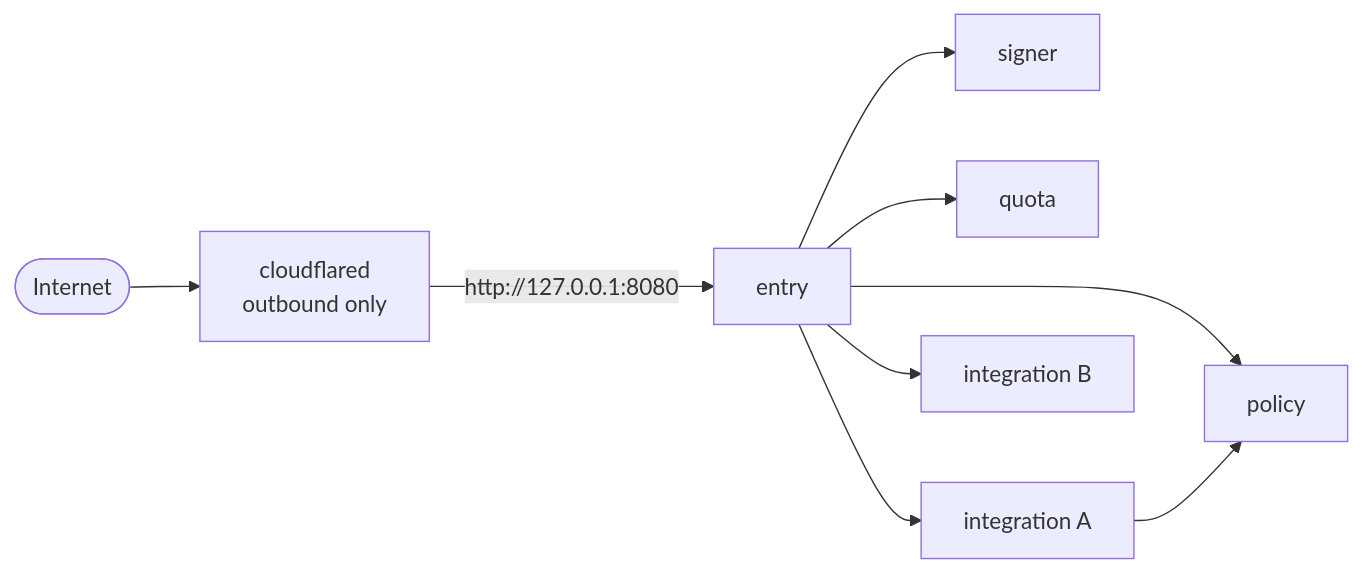
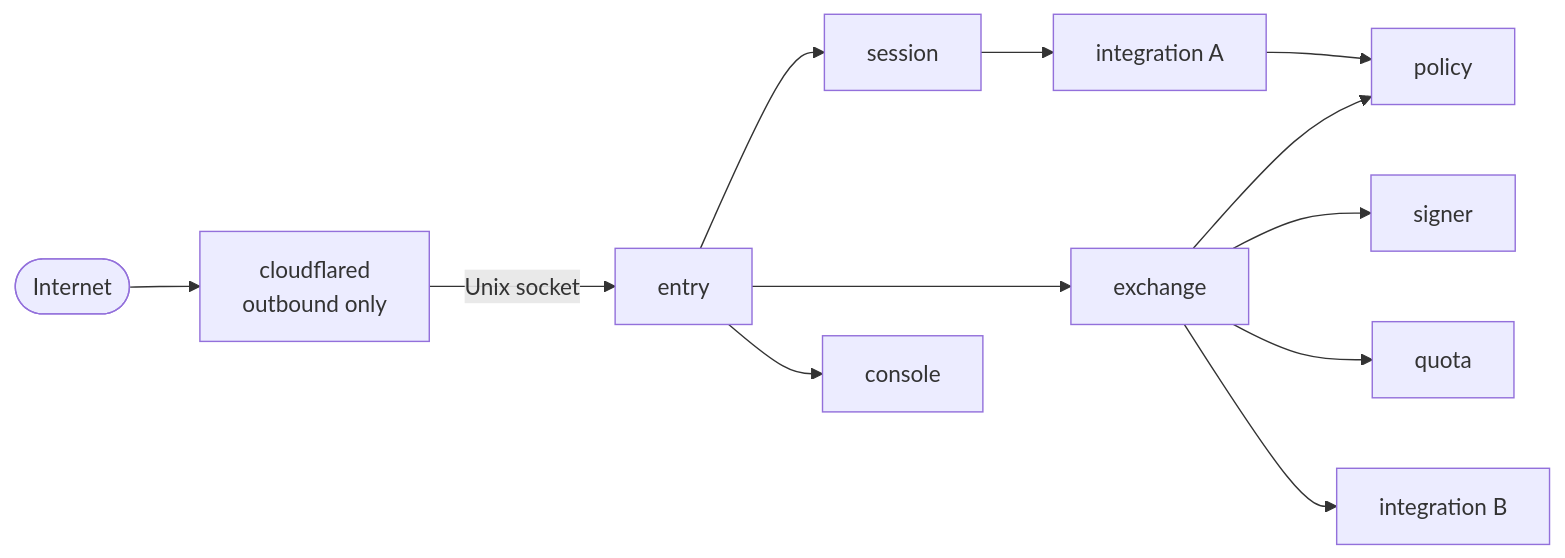
The first of 3 diagrams in docs/architecture/processes.md (truvity/sluis), drawn with Mermaid before and after one commit. The commit also changed other lines of this file and 33 other files, not shown here.

````diff
--- a/docs/architecture/processes.md
+++ b/docs/architecture/processes.md
@@ -130,11 +137,14 @@
 ```mermaid
 flowchart LR
   net(["Internet"]) --> cf["cloudflared<br/>outbound only"]
-  cf -->|"http://127.0.0.1:8080"| entry["entry"]
-  entry --> signer["signer"]
-  entry --> policy["policy"]
-  entry --> quota["quota"]
-  entry --> gh["integration A"]
-  entry --> cl["integration B"]
+  cf -->|"Unix socket"| entry["entry"]
+  entry --> sess["session"]
+  entry --> xchg["exchange"]
+  entry --> con["console"]
+  xchg --> policy["policy"]
+  xchg --> signer["signer"]
+  xchg --> quota["quota"]
+  sess --> gh["integration A"]
+  xchg --> cl["integration B"]
   gh --> policy
 ```
````
